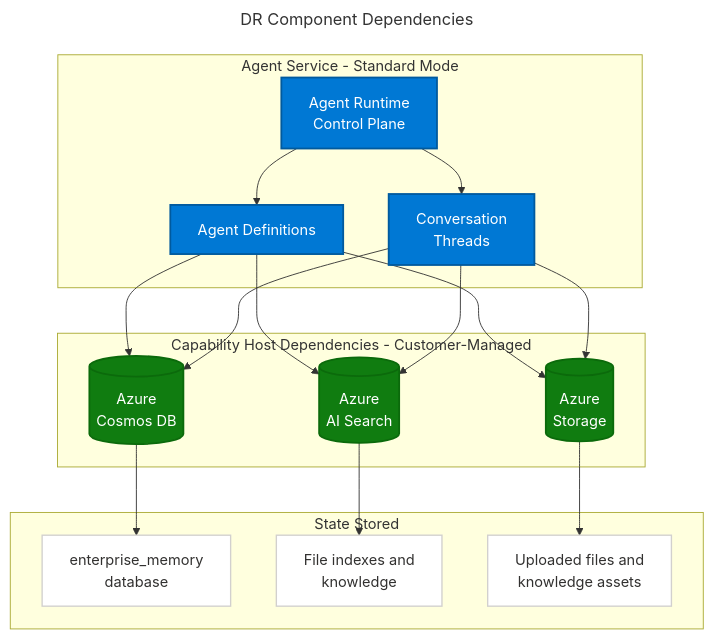
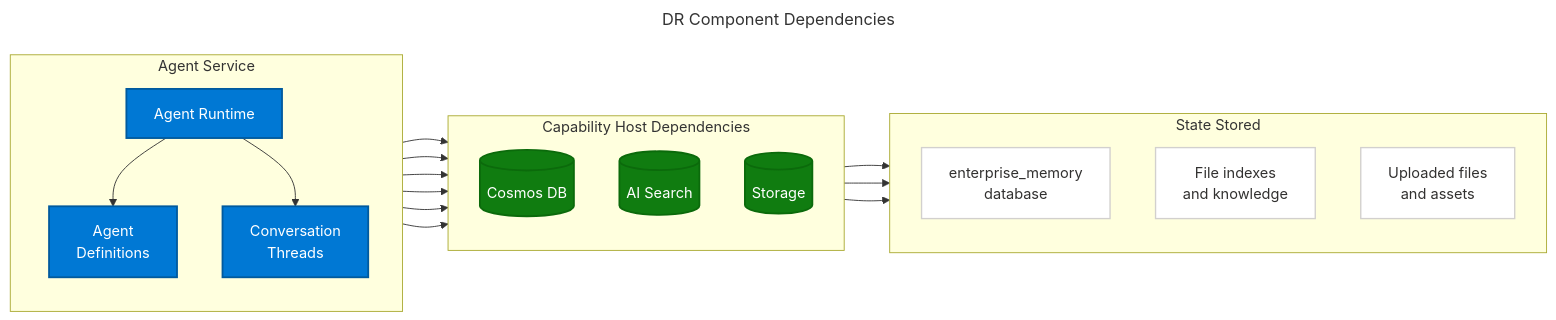
The diagram in output/foundry/dr-overview-components.mmd (jonburchel/diagram-gen), drawn with Mermaid before and after one commit. The commit also changed 3 other files, not shown here.

First line of the commit message:
Fix edge-through-text: restructure DR components diagram and add routing rules

```diff
--- a/output/foundry/dr-overview-components.mmd
+++ b/output/foundry/dr-overview-components.mmd
@@ -1,37 +1,40 @@
 ---
 title: DR Component Dependencies
 ---
-graph TB
-    subgraph AgentService["Agent Service - Standard Mode"]
-        Runtime["Agent Runtime<br/>Control Plane"]:::msBlue
-        Agents["Agent Definitions"]:::msBlue
+graph LR
+    subgraph AgentService["Agent Service"]
+        direction TB
+        Runtime["Agent Runtime"]:::msBlue
+        Agents["Agent<br/>Definitions"]:::msBlue
         Threads["Conversation<br/>Threads"]:::msBlue
+        Runtime --> Agents
+        Runtime --> Threads
     end
 
-    subgraph Dependencies["Capability Host Dependencies - Customer-Managed"]
-        CosmosDB[("Azure<br/>Cosmos DB")]:::msGreen
-        AISearch[("Azure<br/>AI Search")]:::msGreen
-        Storage[("Azure<br/>Storage")]:::msGreen
+    subgraph Dependencies["Capability Host Dependencies"]
+        direction TB
+        CosmosDB[("Cosmos DB")]:::msGreen
+        AISearch[("AI Search")]:::msGreen
+        Storage[("Storage")]:::msGreen
     end
 
     subgraph State["State Stored"]
+        direction TB
         Memory["enterprise_memory<br/>database"]:::msWhite
-        Indexes["File indexes and<br/>knowledge"]:::msWhite
-        Blobs["Uploaded files and<br/>knowledge assets"]:::msWhite
+        Indexes["File indexes<br/>and knowledge"]:::msWhite
+        Blobs["Uploaded files<br/>and assets"]:::msWhite
     end
 
-    Runtime --> Agents
-    Runtime --> Threads
     Agents --> CosmosDB
+    Agents --> AISearch
+    Agents --> Storage
     Threads --> CosmosDB
-    Agents --> AISearch
     Threads --> AISearch
-    Agents --> Storage
     Threads --> Storage
     CosmosDB --> Memory
     AISearch --> Indexes
     Storage --> Blobs
 
 classDef msBlue fill:#0078D4,stroke:#005A9E,color:#fff,stroke-width:2px
 classDef msGreen fill:#107C10,stroke:#0B6A0B,color:#fff,stroke-width:2px
 classDef msWhite fill:#FFFFFF,stroke:#D2D0CE,color:#323130,stroke-width:1.5px
```
